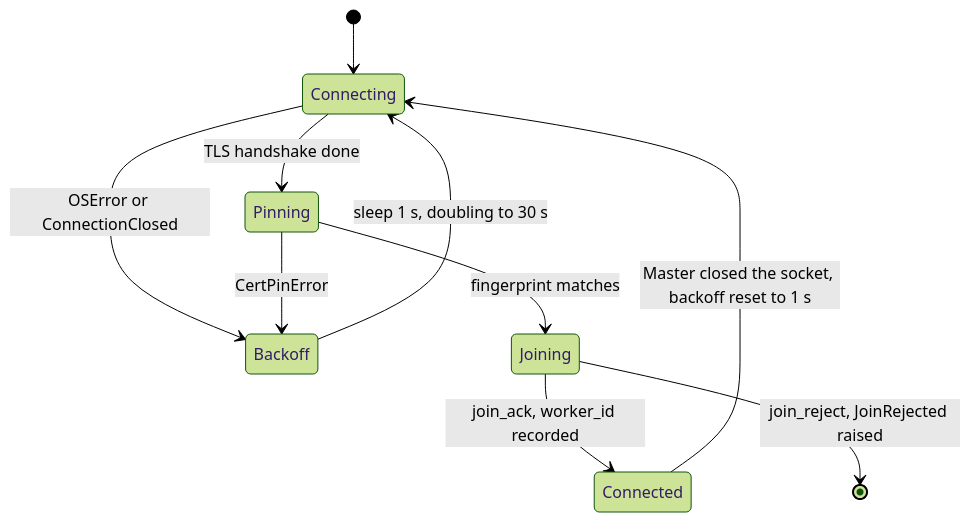
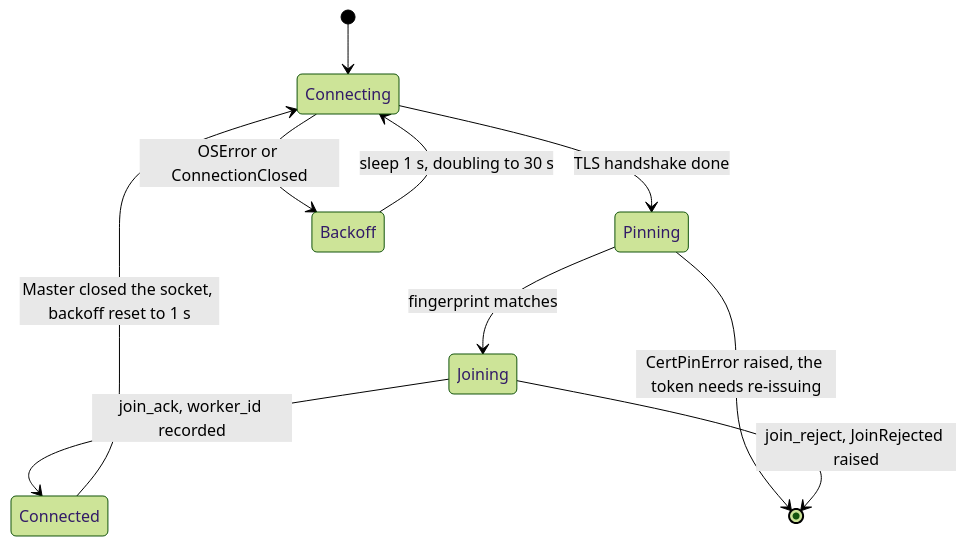
Before and after one commit to Premity/Compute4Me: the sixth of 7 diagrams in docs/architecture/modules.md, drawn with Mermaid (forest theme). The commit also changed other lines of this file and 4 other files, not shown here.

````diff
--- a/docs/architecture/modules.md
+++ b/docs/architecture/modules.md
@@ -459,12 +459,12 @@
 ```mermaid
 stateDiagram-v2
     [*] --> Connecting
     Connecting --> Pinning: TLS handshake done
     Connecting --> Backoff: OSError or ConnectionClosed
     Pinning --> Joining: fingerprint matches
-    Pinning --> Backoff: CertPinError
+    Pinning --> [*]: CertPinError raised, the token needs re-issuing
     Joining --> Connected: join_ack, worker_id recorded
     Joining --> [*]: join_reject, JoinRejected raised
     Connected --> Connecting: Master closed the socket, backoff reset to 1 s
     Backoff --> Connecting: sleep 1 s, doubling to 30 s
 ```
````
